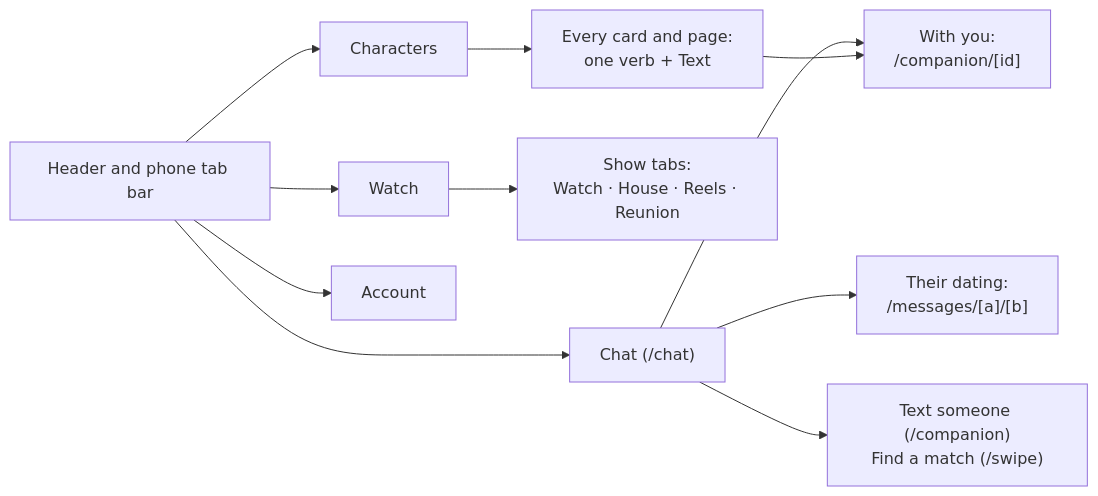
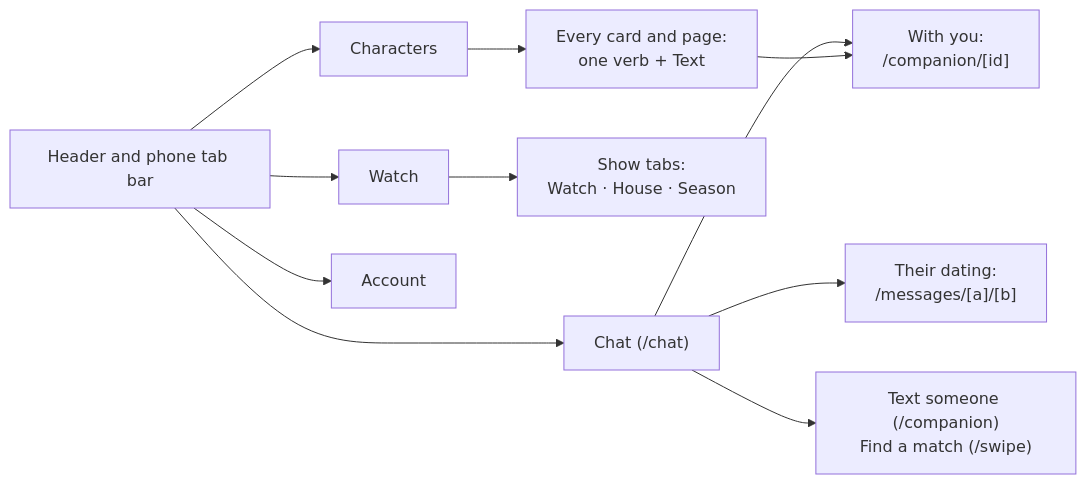
The fifth of 5 diagrams in docs/flows.md (smithdavedesign/botchelor), drawn with Mermaid before and after one commit. The commit also changed other lines of this file and 8 other files, not shown here.

First line of the commit message:
Show tabs are Watch · House · Season; Reels is a tab of Characters

````diff
--- a/docs/flows.md
+++ b/docs/flows.md
@@ -439,13 +439,13 @@
 ```mermaid
 flowchart LR
     nav["Header and phone tab bar"] --> watch["Watch"]
     nav --> chat["Chat (/chat)"]
     nav --> chars["Characters"]
     nav --> acct["Account"]
-    watch --> tabs["Show tabs:<br/>Watch · House · Reels · Reunion"]
+    watch --> tabs["Show tabs:<br/>Watch · House · Season"]
     chat --> you["With you:<br/>/companion/[id]"]
     chat --> theirs["Their dating:<br/>/messages/[a]/[b]"]
     chat --> start["Text someone (/companion)<br/>Find a match (/swipe)"]
     chars --> card["Every card and page:<br/>one verb + Text"]
     card --> you
 ```
````
